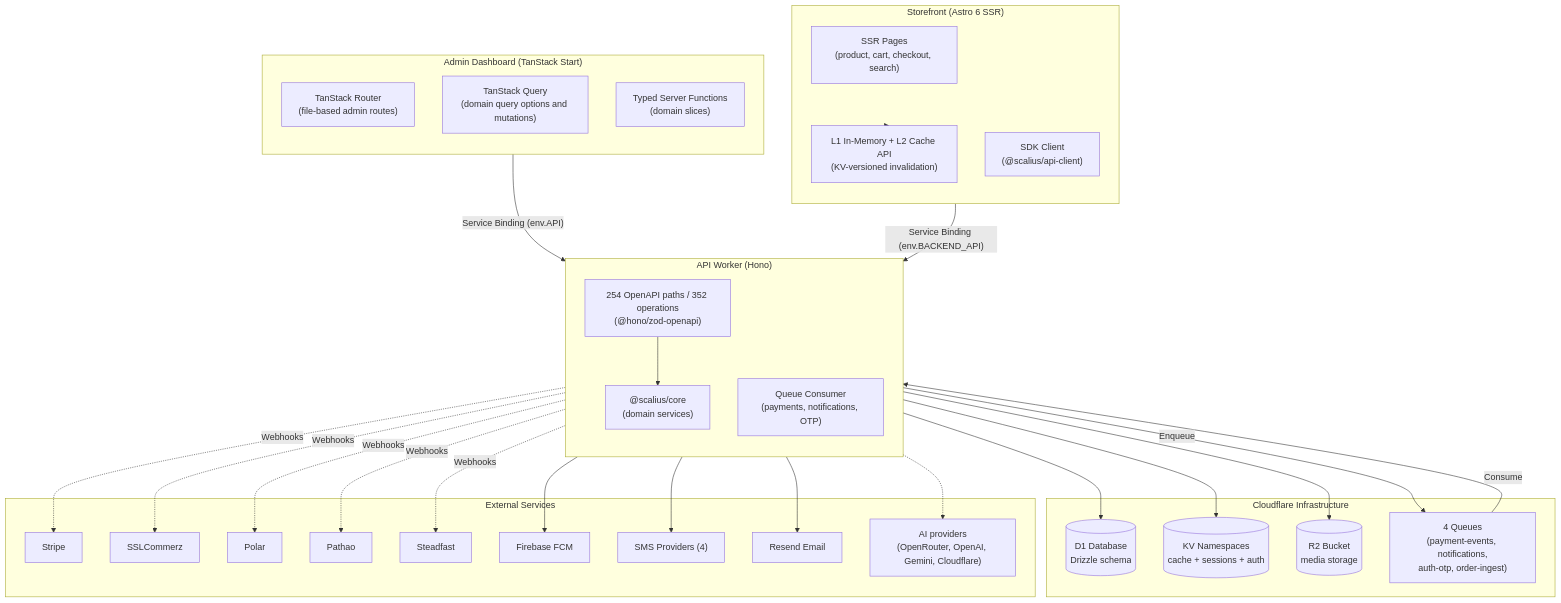
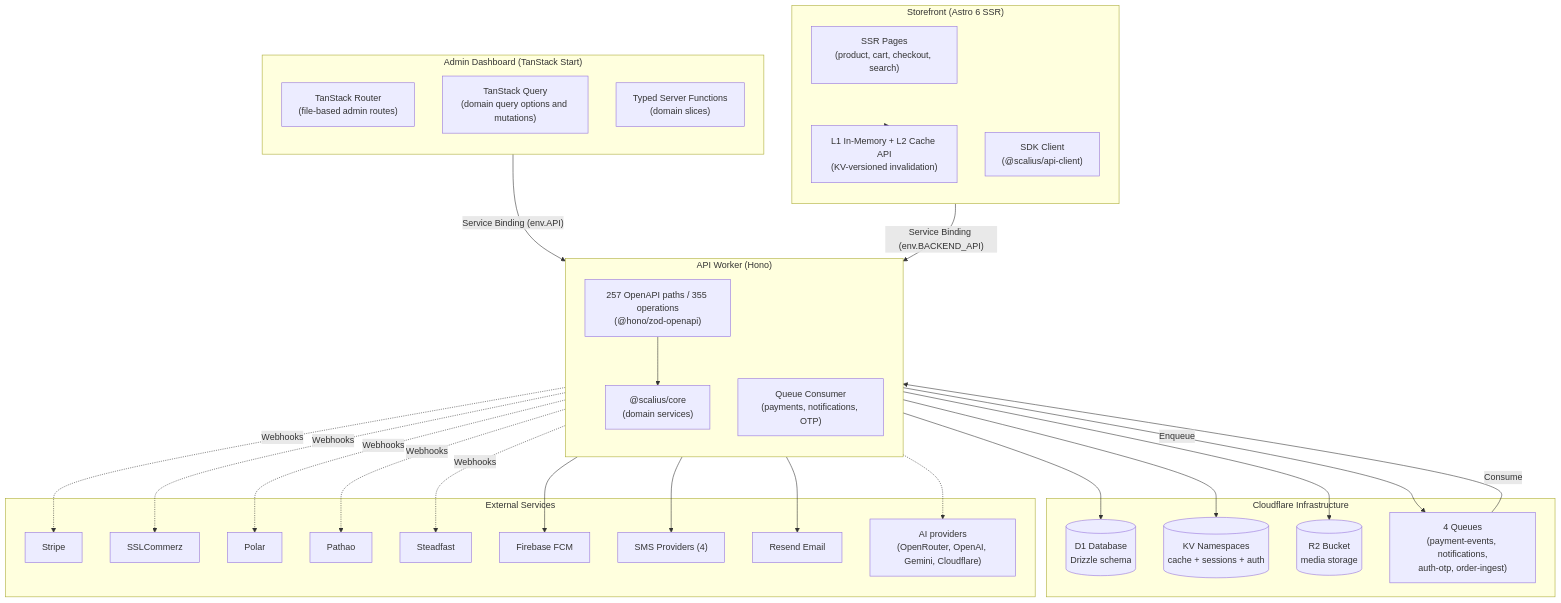
One commit to scaliuslabs/scalius-commerce-lite changed the first of 3 diagrams in README.md. Above: the diagram before and after it, drawn with Mermaid. The commit also changed 26 other files, not shown here.

````diff
--- a/README.md
+++ b/README.md
@@ -87,62 +87,62 @@
 ```mermaid
 flowchart TB
     subgraph AdminV2 ["Admin Dashboard (TanStack Start)"]
         direction TB
         TSRouter["TanStack Router<br/>(file-based admin routes)"]
         TSQuery["TanStack Query<br/>(domain query options and mutations)"]
         ServerFns["Typed Server Functions<br/>(domain slices)"]
     end
 
     subgraph Storefront ["Storefront (Astro 6 SSR)"]
         direction TB
         AstroPages["SSR Pages<br/>(product, cart, checkout, search)"]
         EdgeCache["L1 In-Memory + L2 Cache API<br/>(KV-versioned invalidation)"]
         SDKClient["SDK Client<br/>(@scalius/api-client)"]
     end
 
     subgraph API ["API Worker (Hono)"]
         direction TB
-        HonoApp["254 OpenAPI paths / 352 operations<br/>(@hono/zod-openapi)"]
+        HonoApp["257 OpenAPI paths / 355 operations<br/>(@hono/zod-openapi)"]
         QueueConsumer["Queue Consumer<br/>(payments, notifications, OTP)"]
         CoreModules["@scalius/core<br/>(domain services)"]
     end
 
     subgraph Infra ["Cloudflare Infrastructure"]
         D1[(D1 Database<br/>Drizzle schema)]
         KV[(KV Namespaces<br/>cache + sessions + auth)]
         R2[(R2 Bucket<br/>media storage)]
         Queues["4 Queues<br/>(payment-events, notifications,<br/>auth-otp, order-ingest)"]
     end
 
     subgraph External ["External Services"]
         Stripe["Stripe"]
         SSLCommerz["SSLCommerz"]
         Polar["Polar"]
         Pathao["Pathao"]
         Steadfast["Steadfast"]
         Firebase["Firebase FCM"]
         SMS["SMS Providers (4)"]
         Resend["Resend Email"]
         AIProviders["AI providers<br/>(OpenRouter, OpenAI, Gemini, Cloudflare)"]
     end
 
     AdminV2 -->|"Service Binding (env.API)"| API
     Storefront -->|"Service Binding (env.BACKEND_API)"| API
     API --> D1
     API --> KV
     API --> R2
     API -->|Enqueue| Queues
     Queues -->|Consume| QueueConsumer
     QueueConsumer --> Firebase
     QueueConsumer --> SMS
     QueueConsumer --> Resend
     HonoApp --> CoreModules
     Storefront --> EdgeCache
 
     API -.->|Webhooks| Stripe
     API -.->|Webhooks| SSLCommerz
     API -.->|Webhooks| Polar
     API -.->|Webhooks| Pathao
     API -.->|Webhooks| Steadfast
     API -.-> AIProviders
 ```
````
